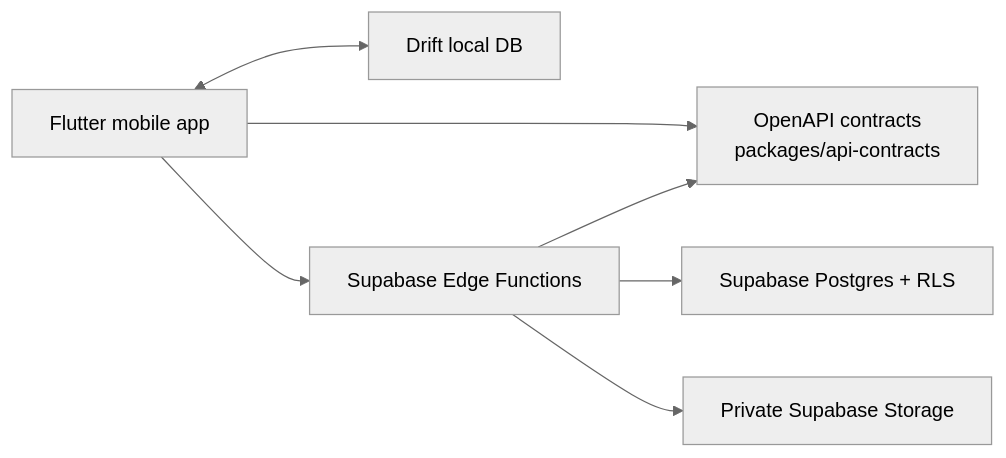
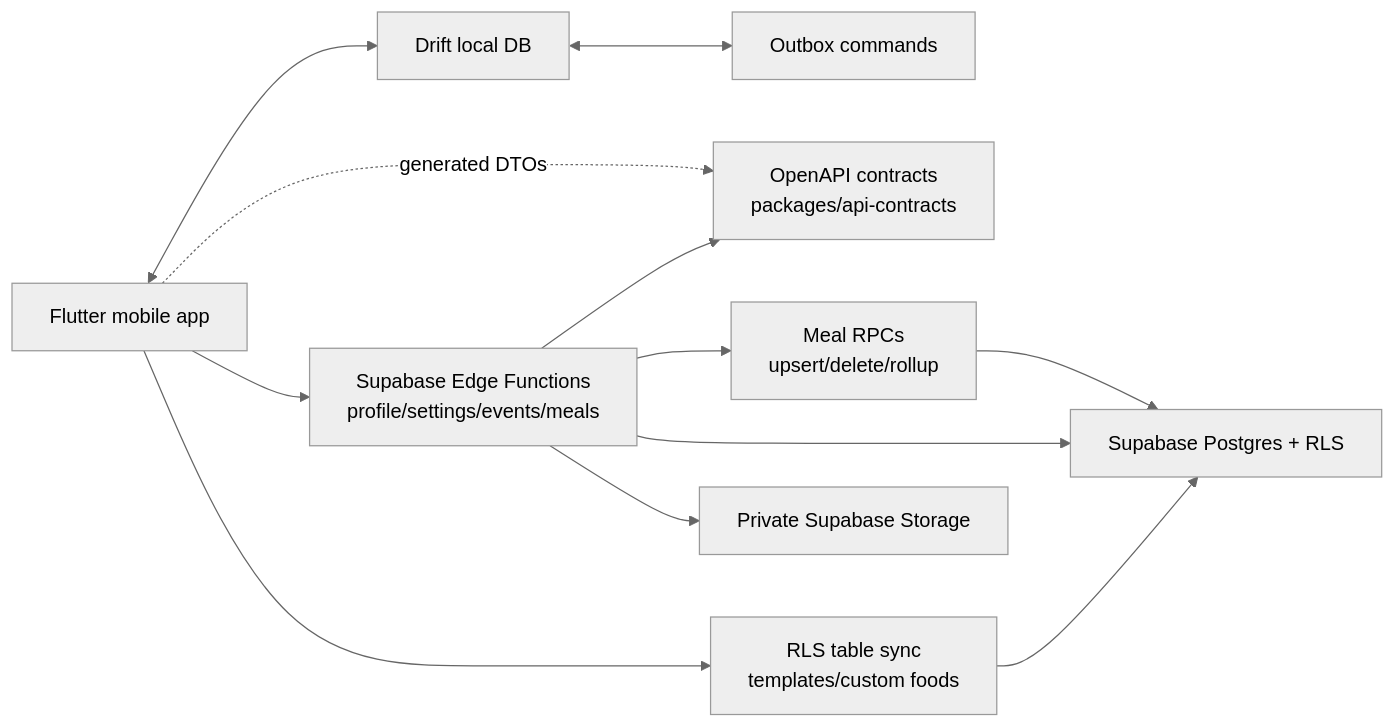
One commit to Saransh-Sharma/SnapGrub_Monorepo changed the diagram in docs/02-architecture/README.md. Above: the diagram before and after it, drawn with Mermaid (neutral theme). The commit also changed other lines of this file and 49 other files, not shown here.

````diff
--- a/docs/02-architecture/README.md
+++ b/docs/02-architecture/README.md
@@ -5,16 +5,24 @@
 ```mermaid
 flowchart LR
   Mobile["Flutter mobile app"]
   Drift["Drift local DB"]
+  Outbox["Outbox commands"]
   Contracts["OpenAPI contracts\npackages/api-contracts"]
-  Functions["Supabase Edge Functions"]
+  Functions["Supabase Edge Functions\nprofile/settings/events/meals"]
+  RPC["Meal RPCs\nupsert/delete/rollup"]
+  Direct["RLS table sync\ntemplates/custom foods"]
   Postgres["Supabase Postgres + RLS"]
   Storage["Private Supabase Storage"]
 
   Mobile <--> Drift
-  Mobile --> Contracts
+  Drift <--> Outbox
+  Mobile -. generated DTOs .-> Contracts
   Mobile --> Functions
+  Mobile --> Direct
   Functions --> Contracts
+  Functions --> RPC
+  RPC --> Postgres
+  Direct --> Postgres
   Functions --> Postgres
   Functions --> Storage
 ```
````
